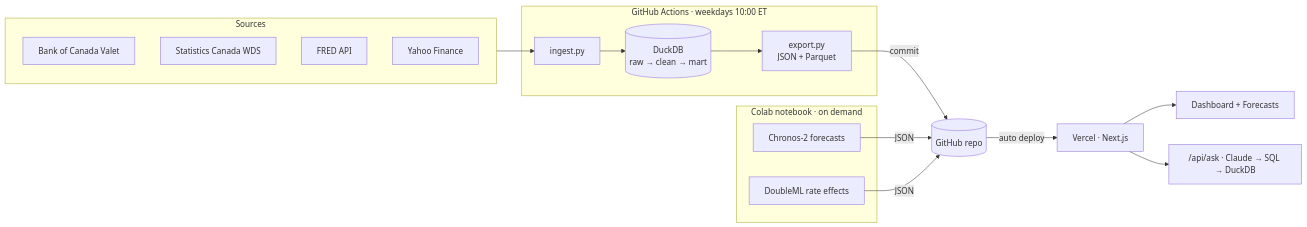
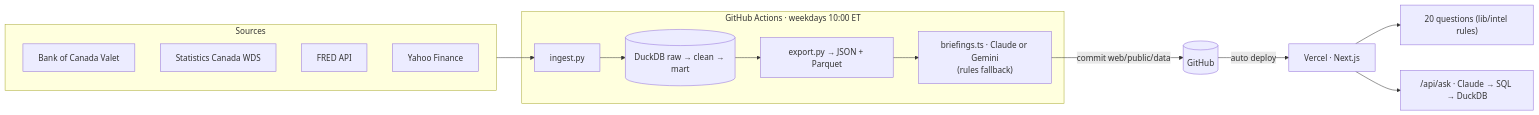
Before and after one commit to jeduclo/northstar: the diagram in README.md, drawn with Mermaid. The commit also changed other lines of this file and 10 other files, not shown here.

````diff
--- a/README.md
+++ b/README.md
@@ -26,24 +21,13 @@
 ```mermaid
 flowchart LR
   subgraph Sources
-    BOC[Bank of Canada Valet]
-    SC[Statistics Canada WDS]
-    FRED[FRED API]
-    YF[Yahoo Finance]
+    BOC[Bank of Canada Valet] & SC[Statistics Canada WDS] & FRED[FRED API] & YF[Yahoo Finance]
   end
-  subgraph CI["GitHub Actions · weekdays 10:00 ET"]
-    ING[ingest.py] --> DB[(DuckDB<br/>raw → clean → mart)]
-    DB --> EXP[export.py<br/>JSON + Parquet]
-  end
-  subgraph Colab["Colab notebook · on demand"]
-    CH[Chronos-2 forecasts]
-    DML[DoubleML rate effects]
+  subgraph GHA["GitHub Actions · weekdays 10:00 ET"]
+    ING[ingest.py] --> DB[(DuckDB raw → clean → mart)] --> EXP[export.py → JSON + Parquet]
+    EXP --> BR["briefings.ts · Claude or Gemini<br/>(rules fallback)"]
   end
   Sources --> ING
-  EXP -->|commit| GH[(GitHub repo)]
-  CH -->|JSON| GH
-  DML -->|JSON| GH
-  GH -->|auto deploy| V[Vercel · Next.js]
-  V --> UI[Dashboard + Forecasts]
-  V --> API["/api/ask · Claude → SQL → DuckDB"]
+  BR -->|commit web/public/data| GH[(GitHub)] -->|auto deploy| V[Vercel · Next.js]
+  V --> Q["20 questions (lib/intel rules)"] & API["/api/ask · Claude → SQL → DuckDB"]
 ```
````
